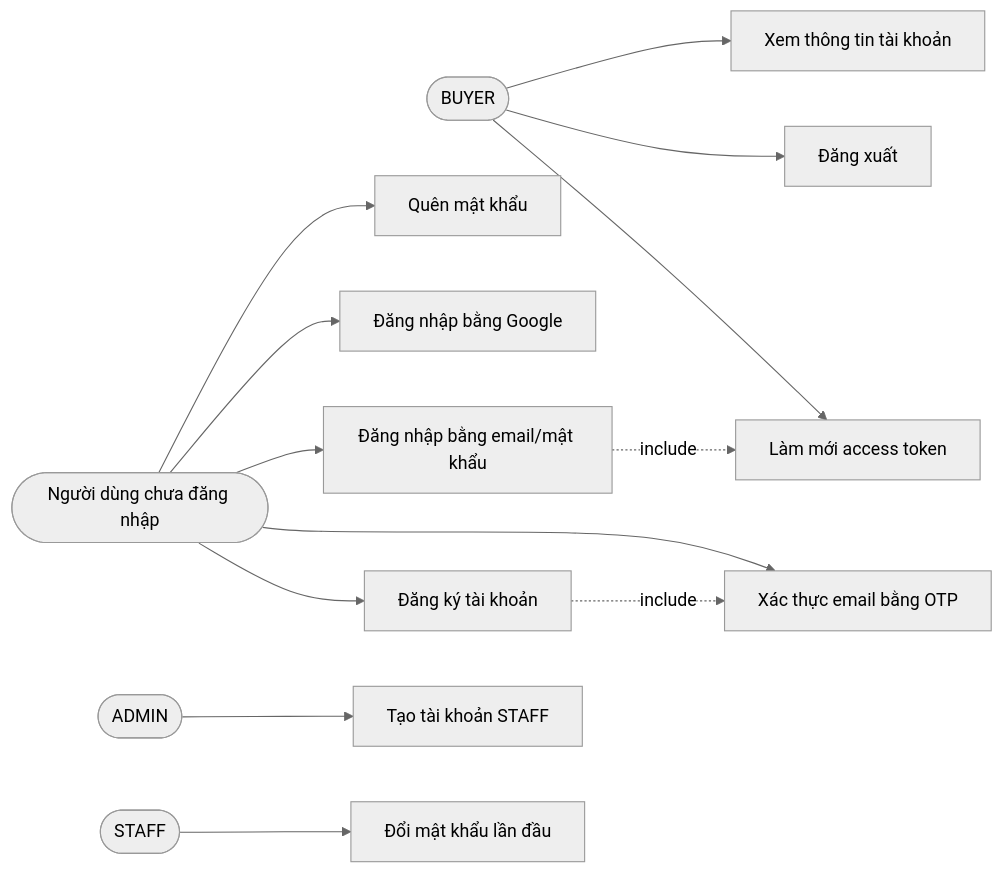
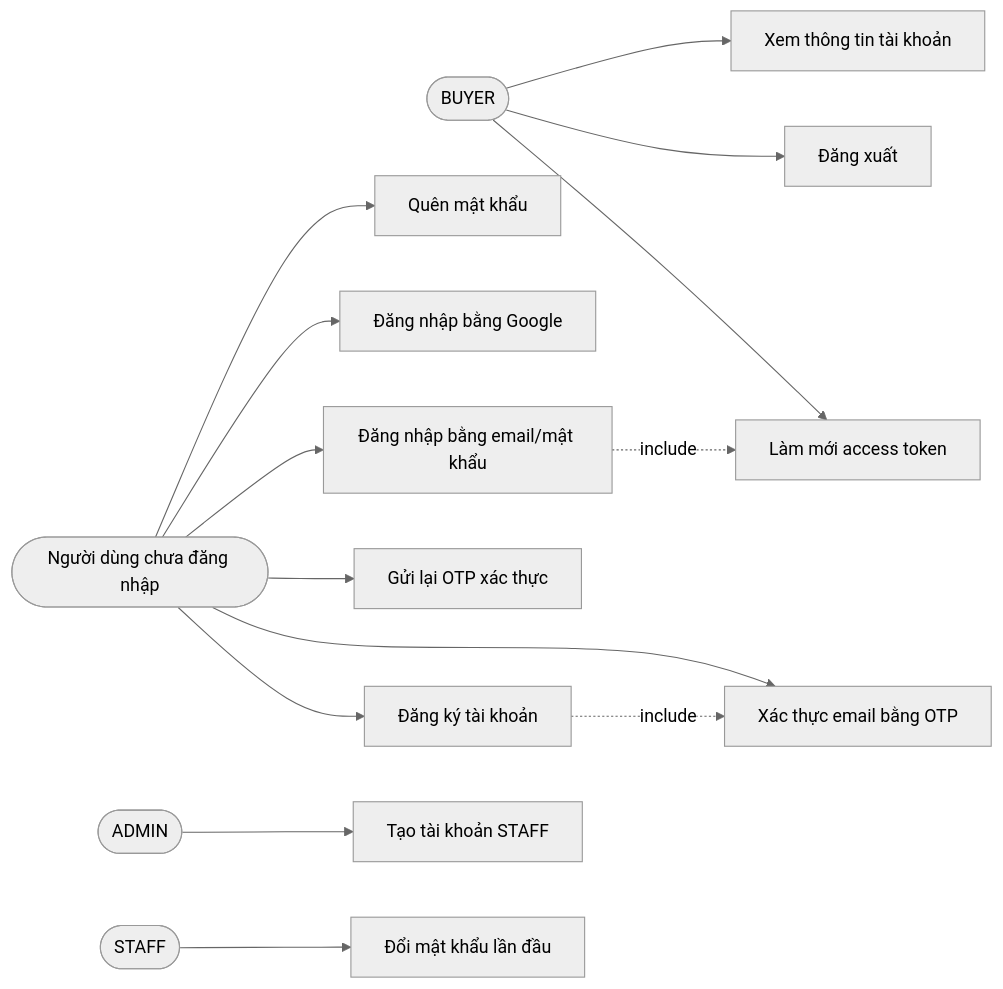
One commit to TrungLe05/vantix changed the first of 8 diagrams in docs/auth/P1_auth_design.md. Above: the diagram before and after it, drawn with Mermaid (neutral theme). The commit also changed other lines of this file and 21 other files, not shown here.

````diff
--- a/docs/auth/P1_auth_design.md
+++ b/docs/auth/P1_auth_design.md
@@ -23,23 +24,24 @@
 ```mermaid
 graph LR
     Buyer([BUYER])
     Admin([ADMIN])
     Staff([STAFF])
     Guest([Người dùng chưa đăng nhập])
 
     Guest --> UC1[Đăng ký tài khoản]
     Guest --> UC2[Xác thực email bằng OTP]
+    Guest --> UC2b[Gửi lại OTP xác thực]
     Guest --> UC3[Đăng nhập bằng email/mật khẩu]
     Guest --> UC4[Đăng nhập bằng Google]
     Guest --> UC5[Quên mật khẩu]
 
     Buyer --> UC6[Làm mới access token]
     Buyer --> UC7[Đăng xuất]
     Buyer --> UC8[Xem thông tin tài khoản]
 
     Admin --> UC9[Tạo tài khoản STAFF]
     Staff --> UC10[Đổi mật khẩu lần đầu]
 
     UC1 -.include.-> UC2
     UC3 -.include.-> UC6
 ```
````
